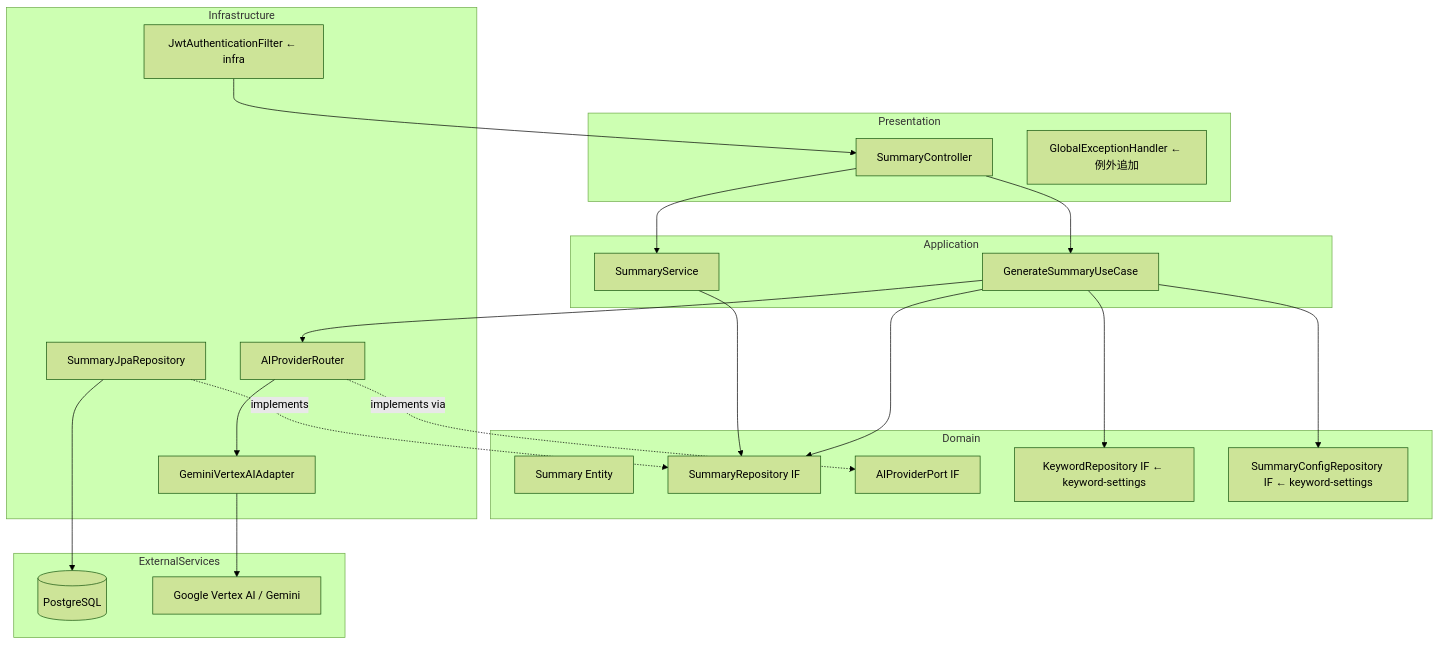
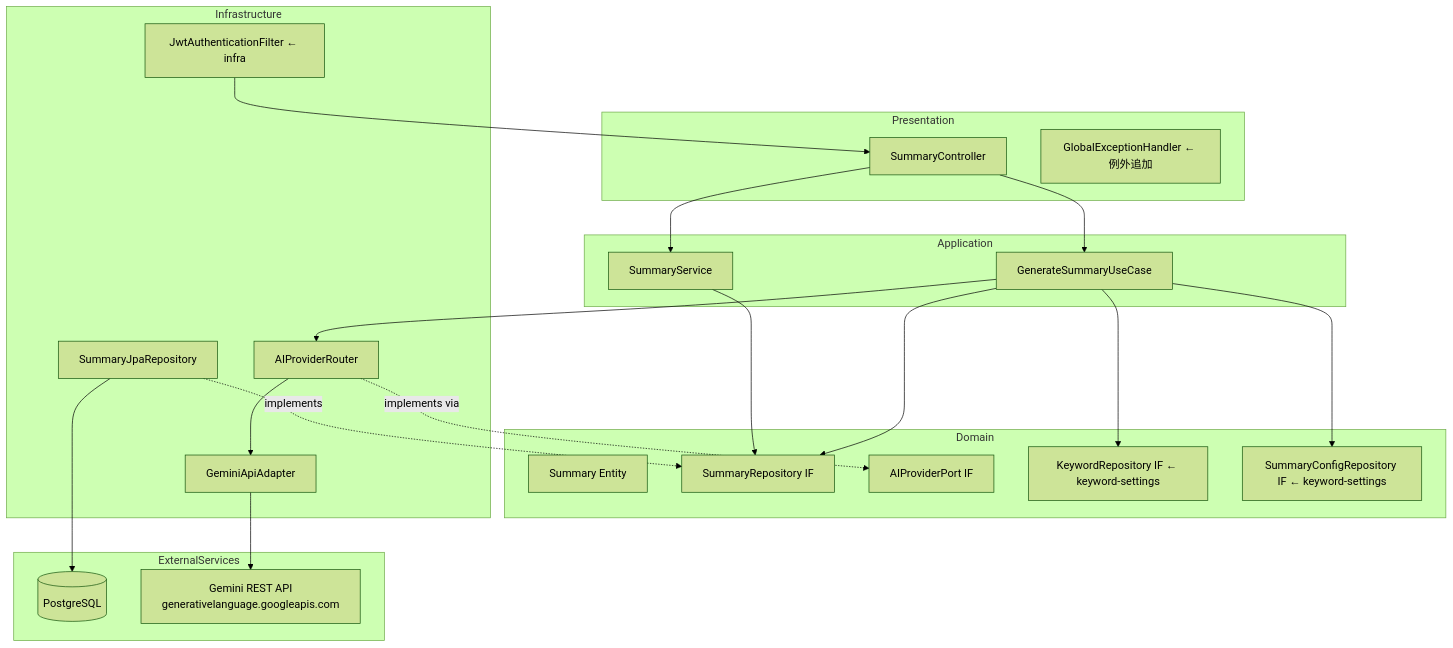
The first of 3 diagrams in .kiro/specs/ai-summary-engine/design.md (terubiz/News-Summary-R), drawn with Mermaid (forest theme) before and after one commit. The commit also changed other lines of this file and 3 other files, not shown here.

````diff
--- a/.kiro/specs/ai-summary-engine/design.md
+++ b/.kiro/specs/ai-summary-engine/design.md
@@ -117,46 +117,46 @@
 ```mermaid
 graph TB
     subgraph Presentation
         SC[SummaryController]
         GEH[GlobalExceptionHandler ← 例外追加]
     end
 
     subgraph Application
         GSUC[GenerateSummaryUseCase]
         SS[SummaryService]
     end
 
     subgraph Domain
         SummaryE[Summary Entity]
         SR[SummaryRepository IF]
         APP[AIProviderPort IF]
         KR[KeywordRepository IF ← keyword-settings]
         SCR[SummaryConfigRepository IF ← keyword-settings]
     end
 
     subgraph Infrastructure
         SJPA[SummaryJpaRepository]
-        GVA[GeminiVertexAIAdapter]
+        GVA[GeminiApiAdapter]
         APR[AIProviderRouter]
         JAF[JwtAuthenticationFilter ← infra]
     end
 
     subgraph ExternalServices
         PG[(PostgreSQL)]
-        VertexAI[Google Vertex AI / Gemini]
+        GeminiAPI[Gemini REST API\ngenerativelanguage.googleapis.com]
     end
 
     SC --> GSUC
     SC --> SS
     GSUC --> KR
     GSUC --> SCR
     GSUC --> APR
     GSUC --> SR
     SS --> SR
     APR -.implements via.-> APP
     APR --> GVA
-    GVA --> VertexAI
+    GVA --> GeminiAPI
     SJPA -.implements.-> SR
     SJPA --> PG
     JAF --> SC
 ```
````
